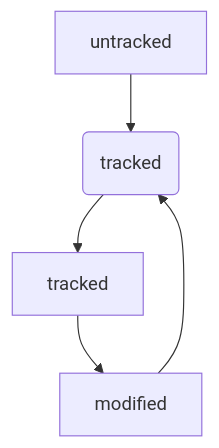
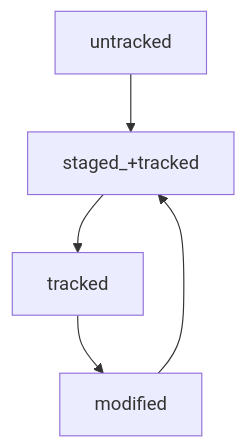
Before and after one commit to Dolgikh17/git_manual: the diagram in README.md, drawn with Mermaid.

Commit message:
Добавлены статусы файла

````diff
--- a/README.md
+++ b/README.md
@@ -89,7 +89,7 @@
 ```mermaid
   graph TD;
-      untracked-->staged(tracked);
-      staged(tracked)-->tracked;
+      untracked-->staged_+tracked;
+      staged_+tracked-->tracked;
       tracked-->modified;
-      modified-->staged(tracked);
+      modified-->staged_+tracked;
 ```
````
